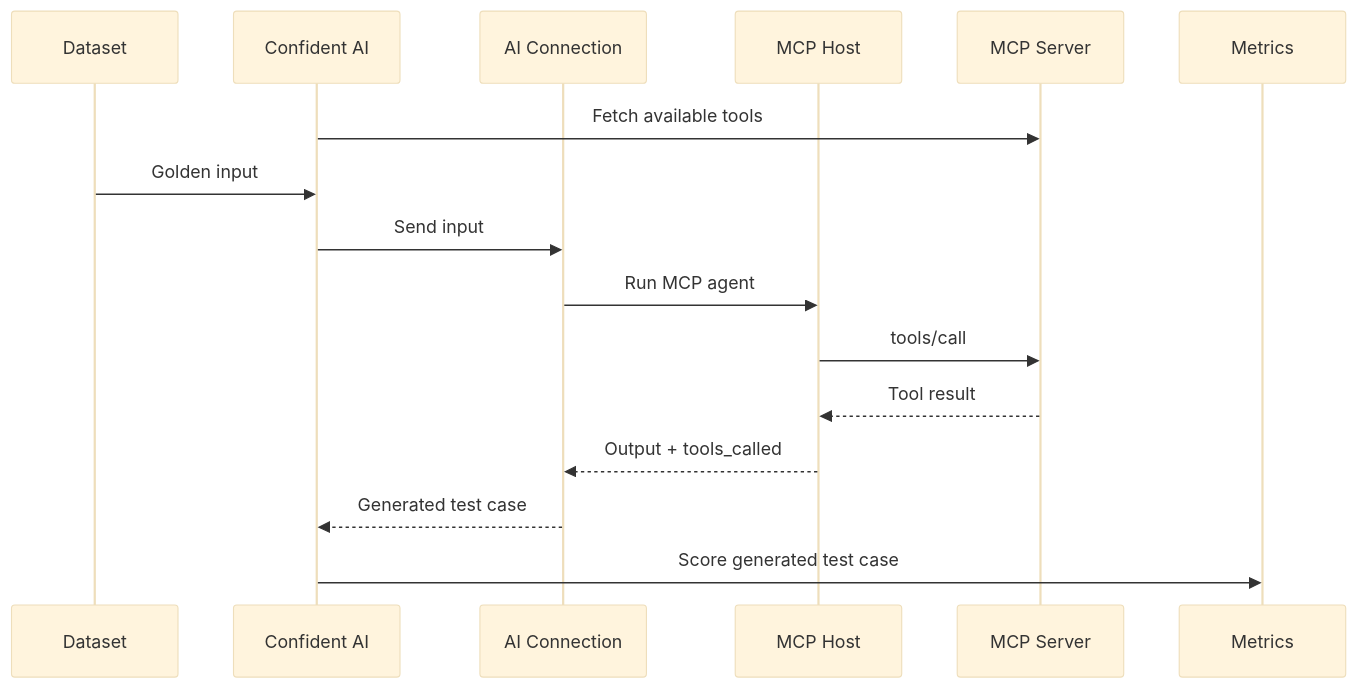
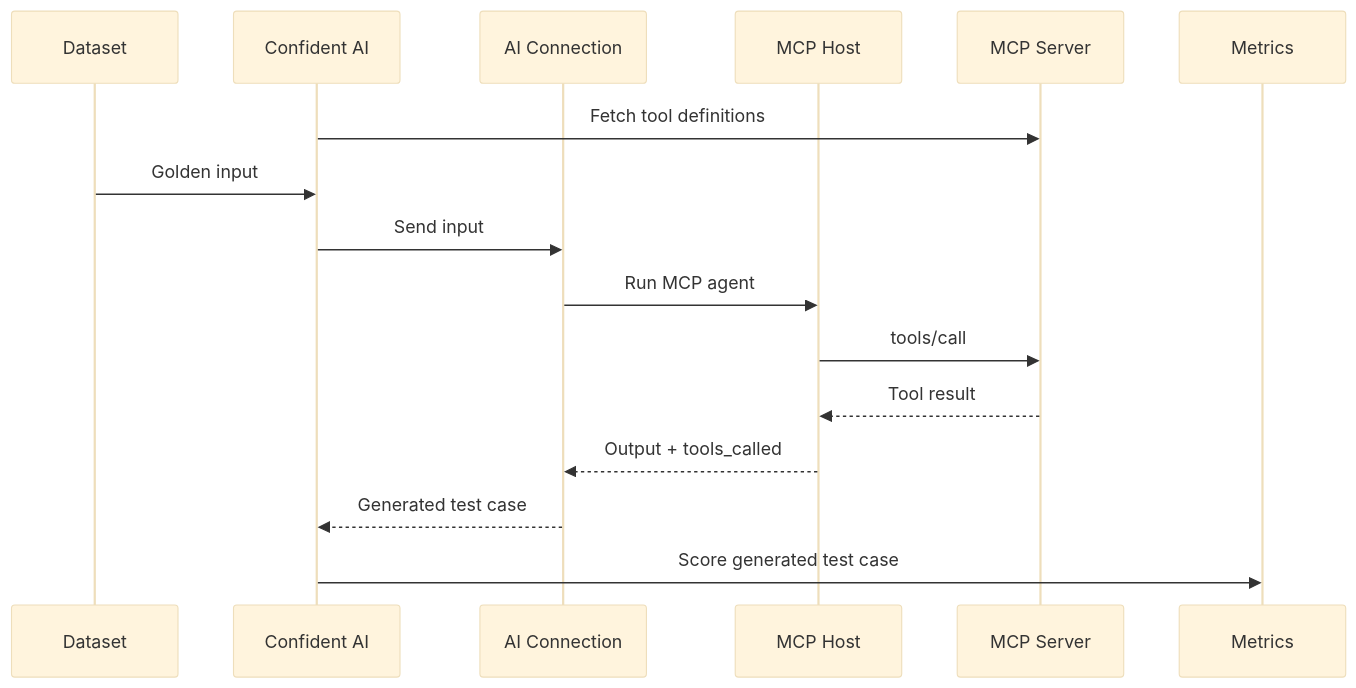
One commit to confident-ai/confident-docs changed the fourth of 4 diagrams in fern/docs/pages/guides/evaluating-mcp.mdx. Above: the diagram before and after it, drawn with Mermaid (base theme). The commit also changed other lines of this file, not shown here.

````diff
--- a/fern/docs/pages/guides/evaluating-mcp.mdx
+++ b/fern/docs/pages/guides/evaluating-mcp.mdx
@@ -281,19 +281,19 @@
 ```mermaid
 sequenceDiagram
     participant Dataset as Dataset
     participant Confident as Confident AI
     participant Connection as AI Connection
     participant Host as MCP Host
     participant Server as MCP Server
     participant Metrics as Metrics
 
-    Confident->>Server: Fetch available tools
+    Confident->>Server: Fetch tool definitions
     Dataset->>Confident: Golden input
     Confident->>Connection: Send input
     Connection->>Host: Run MCP agent
     Host->>Server: tools/call
     Server-->>Host: Tool result
     Host-->>Connection: Output + tools_called
     Connection-->>Confident: Generated test case
     Confident->>Metrics: Score generated test case
 ```
````
